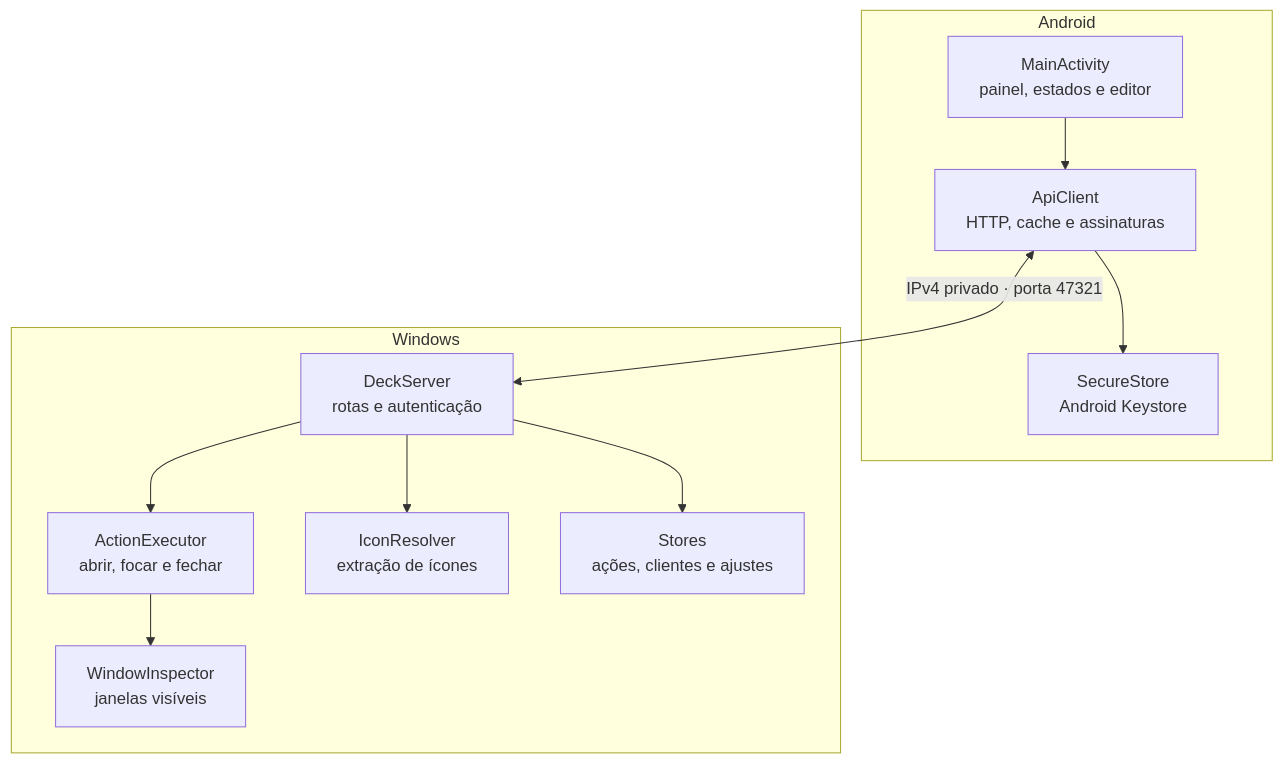
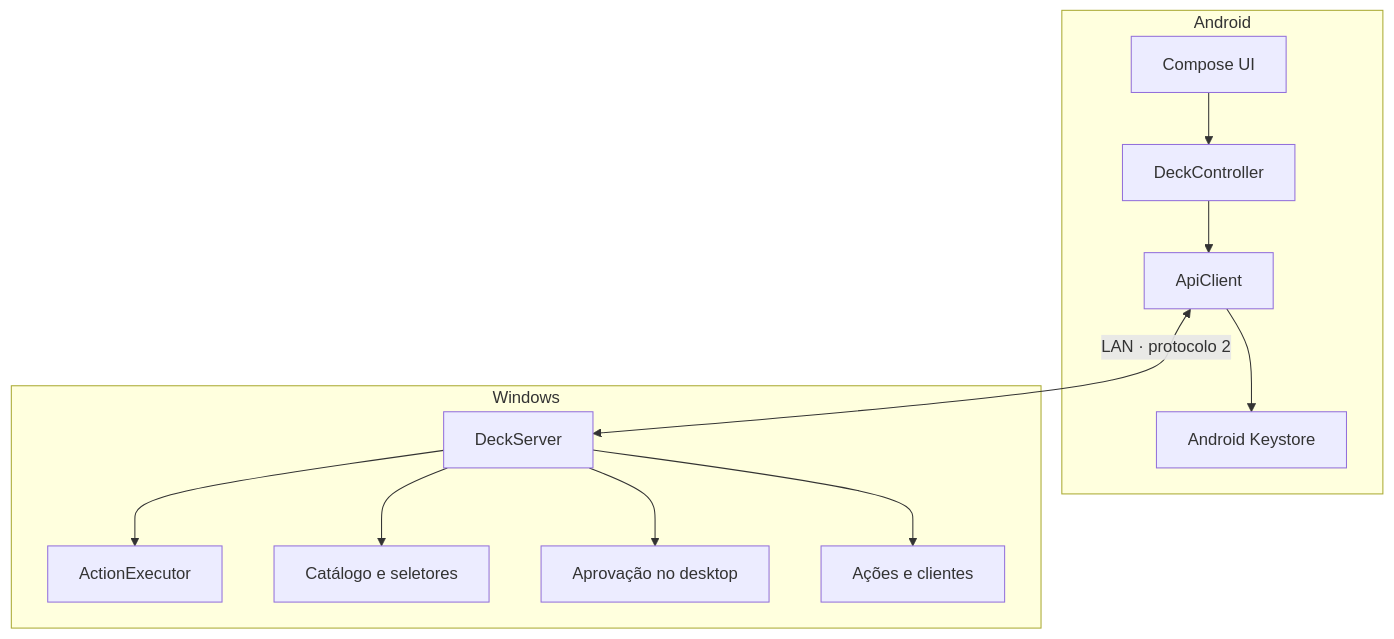
Before and after one commit to jpmarquesss/SyncDeck: the first of 2 diagrams in docs/ARCHITECTURE.md, drawn with Mermaid. The commit also changed other lines of this file and 100 other files, not shown here.

````diff
--- a/docs/ARCHITECTURE.md
+++ b/docs/ARCHITECTURE.md
@@ -9,22 +7,15 @@
-~~~mermaid
+```mermaid
 flowchart TD
     subgraph Android
-        UI["MainActivity<br/>painel, estados e editor"]
-        API["ApiClient<br/>HTTP, cache e assinaturas"]
-        STORE["SecureStore<br/>Android Keystore"]
-        UI --> API
-        API --> STORE
+        UI["Compose UI"] --> CTRL["DeckController"]
+        CTRL --> API["ApiClient"]
+        API --> KEY["Android Keystore"]
     end
     subgraph Windows
-        SERVER["DeckServer<br/>rotas e autenticação"]
-        EXEC["ActionExecutor<br/>abrir, focar e fechar"]
-        WINDOWS["WindowInspector<br/>janelas visíveis"]
-        ICONS["IconResolver<br/>extração de ícones"]
-        DATA["Stores<br/>ações, clientes e ajustes"]
-        SERVER --> EXEC
-        EXEC --> WINDOWS
-        SERVER --> ICONS
-        SERVER --> DATA
+        SERVER["DeckServer"] --> EXEC["ActionExecutor"]
+        SERVER --> CATALOG["Catálogo e seletores"]
+        SERVER --> APPROVAL["Aprovação no desktop"]
+        SERVER --> DATA["Ações e clientes"]
     end
-    API <-->|"IPv4 privado · porta 47321"| SERVER
-~~~
+    API <-->|"LAN · protocolo 2"| SERVER
+```
````
